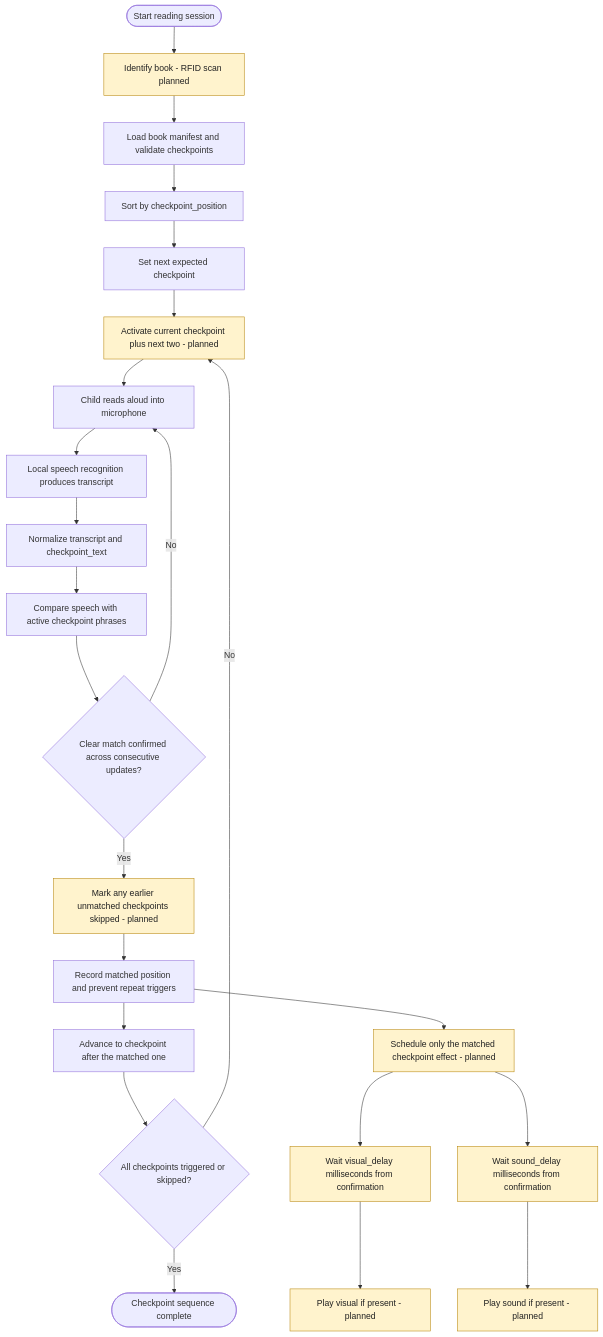
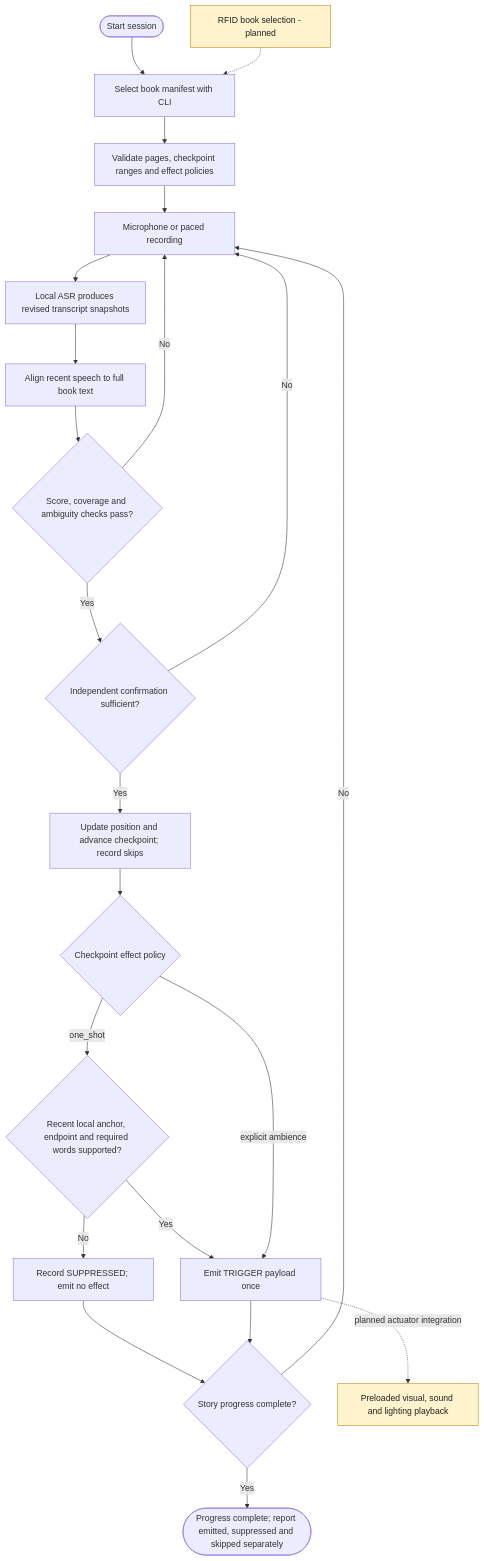
The diagram in docs/diagrams/checkpoint_flow.mmd (Kinosaurus/Speech-to-Text), drawn with Mermaid before and after one commit. The commit also changed 32 other files, not shown here.

Commit message:
Guard one-shot effects and fix short-anchor confirmation delays

```diff
--- a/docs/diagrams/checkpoint_flow.mmd
+++ b/docs/diagrams/checkpoint_flow.mmd
@@ -1,26 +1,25 @@
 flowchart TD
-    A([Start reading session]) --> B[Identify book - RFID scan planned]
-    B --> C[Load book manifest and validate checkpoints]
-    C --> D[Sort by checkpoint_position]
-    D --> E[Set next expected checkpoint]
-    E --> F[Activate current checkpoint plus next two - planned]
-    F --> G[Child reads aloud into microphone]
-    G --> H[Local speech recognition produces transcript]
-    H --> I[Normalize transcript and checkpoint_text]
-    I --> J[Compare speech with active checkpoint phrases]
-    J --> K{Clear match confirmed across consecutive updates?}
-    K -- No --> G
-    K -- Yes --> L[Mark any earlier unmatched checkpoints skipped - planned]
-    L --> M[Record matched position and prevent repeat triggers]
-    M --> N[Advance to checkpoint after the matched one]
-    M --> O[Schedule only the matched checkpoint effect - planned]
-    O --> P[Wait visual_delay milliseconds from confirmation]
-    O --> Q[Wait sound_delay milliseconds from confirmation]
-    P --> R[Play visual if present - planned]
-    Q --> S[Play sound if present - planned]
-    N --> T{All checkpoints triggered or skipped?}
-    T -- No --> F
-    T -- Yes --> U([Checkpoint sequence complete])
+    A([Start session]) --> B[Select book manifest with CLI]
+    B --> C[Validate pages, checkpoint ranges and effect policies]
+    C --> D[Microphone or paced recording]
+    D --> E[Local ASR produces revised transcript snapshots]
+    E --> F[Align recent speech to full book text]
+    F --> G{Score, coverage and ambiguity checks pass?}
+    G -- No --> D
+    G -- Yes --> H{Independent confirmation sufficient?}
+    H -- No --> D
+    H -- Yes --> I[Update position and advance checkpoint; record skips]
+    I --> J{Checkpoint effect policy}
+    J -- one_shot --> K{Recent local anchor, endpoint and required words supported?}
+    K -- No --> L[Record SUPPRESSED; emit no effect]
+    K -- Yes --> M[Emit TRIGGER payload once]
+    J -- explicit ambience --> M
+    L --> N{Story progress complete?}
+    M --> N
+    N -- No --> D
+    N -- Yes --> O([Progress complete; report emitted, suppressed and skipped separately])
+    M -. planned actuator integration .-> P[Preloaded visual, sound and lighting playback]
+    Q[RFID book selection - planned] -.-> B
 
     classDef planned fill:#fff3cd,stroke:#b8860b,color:#222;
-    class B,F,L,O,P,Q,R,S planned;
+    class P,Q planned;
```
